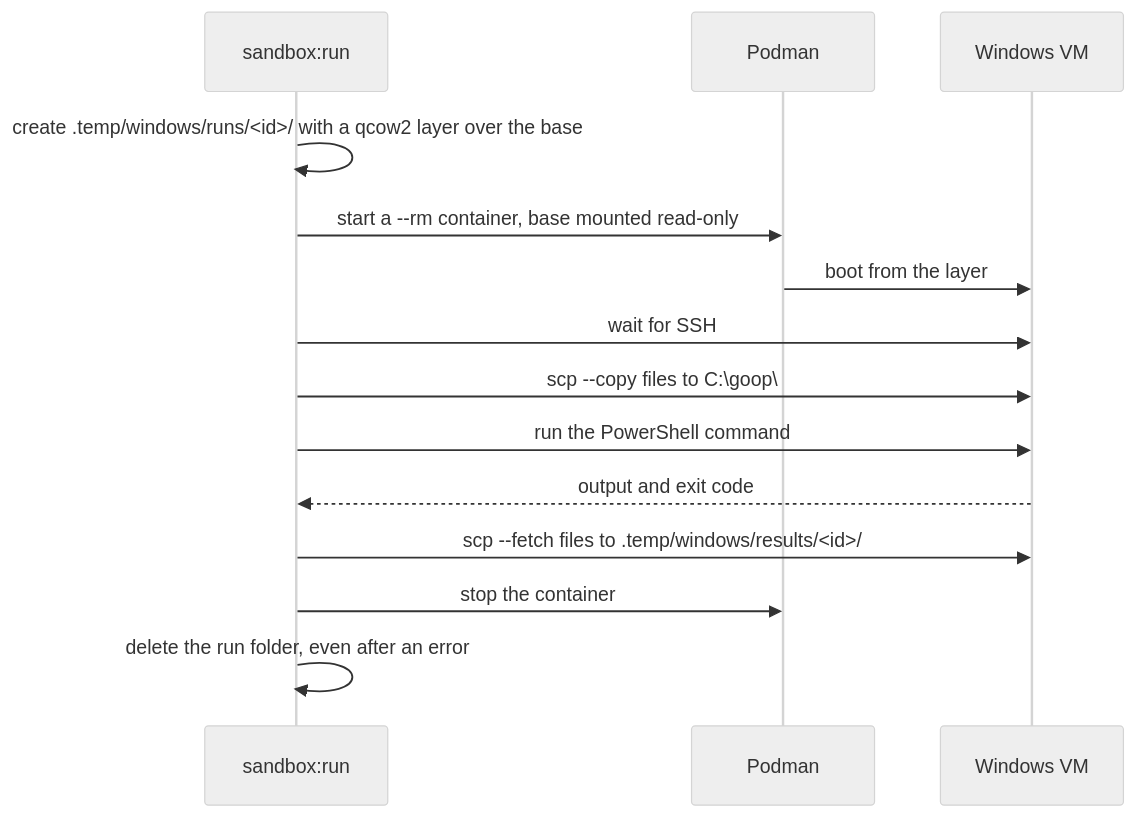
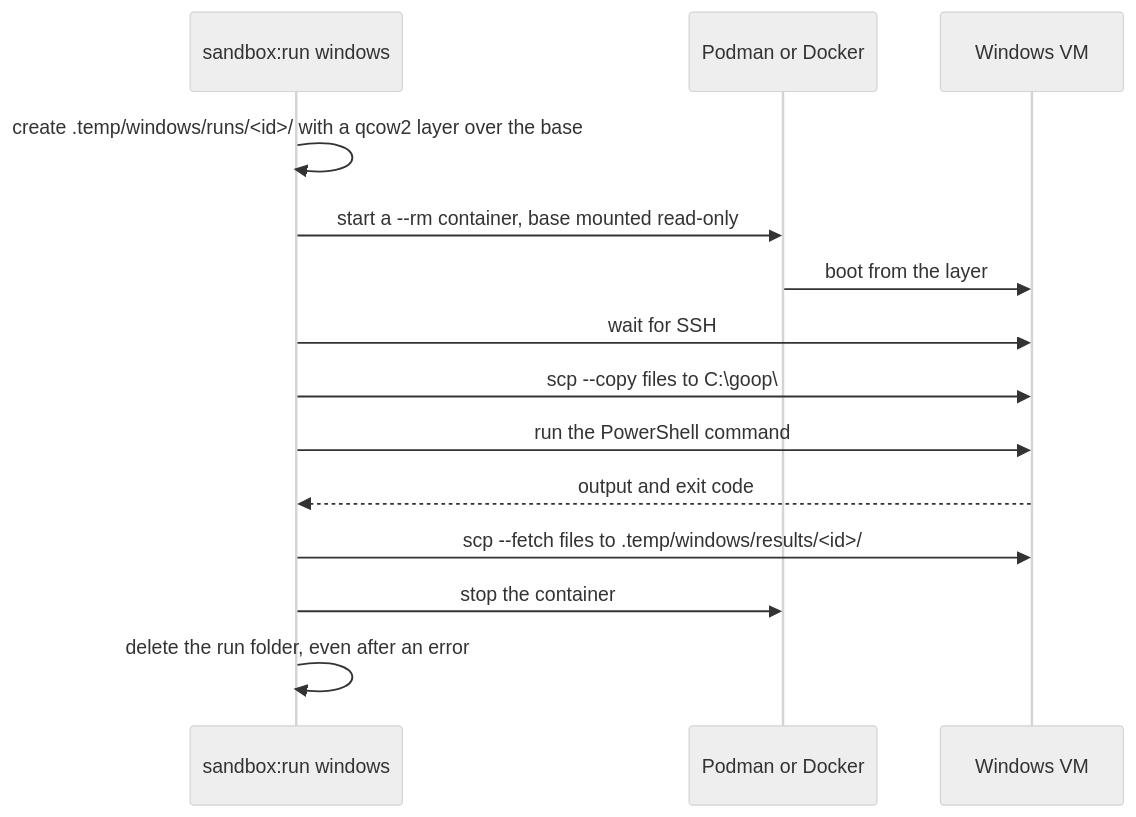
The first of 2 diagrams in docs/development/sandbox.md (ztc0/goop), drawn with Mermaid (neutral theme) before and after one commit. The commit also changed other lines of this file and 2 other files, not shown here.

Commit message:
docs(scripts): replace the Windows VM guide with the sandbox guide

````diff
--- a/docs/development/sandbox.md
+++ b/docs/development/sandbox.md
@@ -42,16 +63,16 @@
 ```mermaid
 sequenceDiagram
-    participant Dev as sandbox:run
-    participant Podman
+    participant Dev as sandbox:run windows
+    participant Engine as Podman or Docker
     participant VM as Windows VM
     Dev->>Dev: create .temp/windows/runs/<id>/ with a qcow2 layer over the base
-    Dev->>Podman: start a --rm container, base mounted read-only
-    Podman->>VM: boot from the layer
+    Dev->>Engine: start a --rm container, base mounted read-only
+    Engine->>VM: boot from the layer
     Dev->>VM: wait for SSH
     Dev->>VM: scp --copy files to C:\goop\
     Dev->>VM: run the PowerShell command
     VM-->>Dev: output and exit code
     Dev->>VM: scp --fetch files to .temp/windows/results/<id>/
-    Dev->>Podman: stop the container
+    Dev->>Engine: stop the container
     Dev->>Dev: delete the run folder, even after an error
 ```
````
